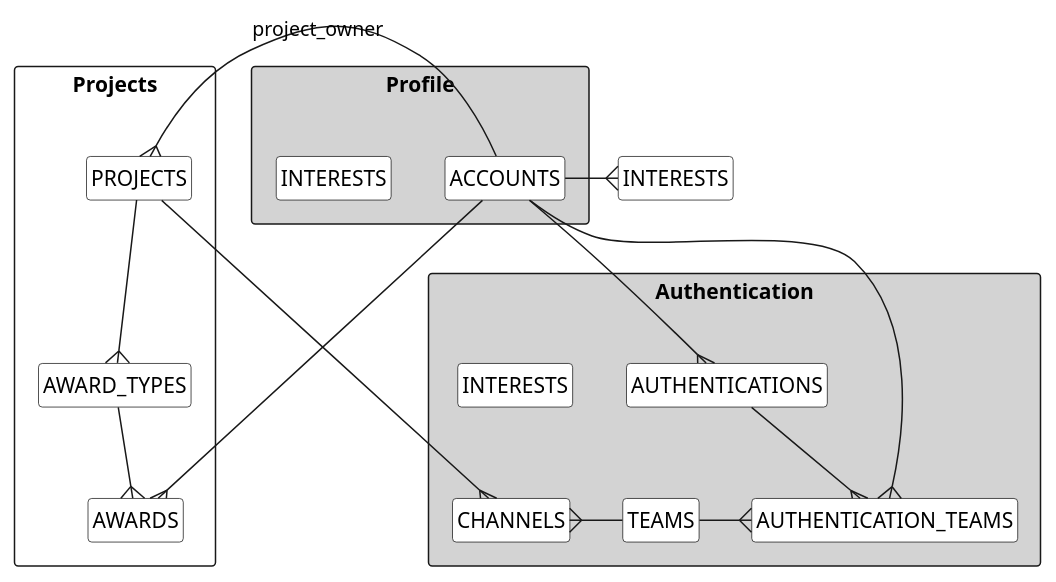
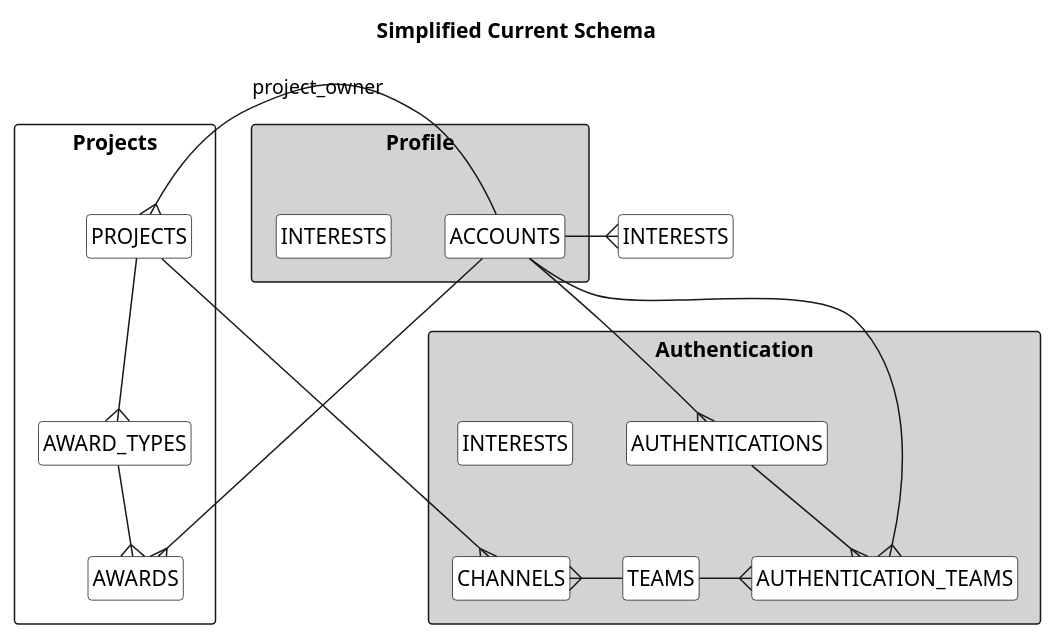
The first of 2 diagrams in doc/schema-with-batches.md (CoMakery/comakery-app), drawn with PlantUML before and after one commit. The commit also changed other lines of this file and 4 other files, not shown here.

Commit message:
schema diagram fixes

````diff
--- a/doc/schema-with-batches.md
+++ b/doc/schema-with-batches.md
@@ -3,46 +3,47 @@
 ```plantuml
 @startuml
+title Simplified Current Schema
 hide circle
 hide methods
 hide attributes
 hide stereotypes
 
 skinparam class {
   BackGroundColor #white
 }
 package Profile <<rectangle>> #lightgray {
   class ACCOUNTS
   class INTERESTS
 }
 package Authentication <<rectangle>> #lightgray {
   class AUTHENTICATIONS
   class AUTHENTICATION_TEAMS
   class TEAMS
   class CHANNELS
   class INTERESTS
 }
 
 package Projects <<rectangle>> {
   class PROJECTS
   class AWARDS
   class AWARD_TYPES
   class PROJECTS
 }
 
 ACCOUNTS --{ AUTHENTICATIONS
 ACCOUNTS -left-{ PROJECTS : project_owner
 ACCOUNTS --{ AWARDS
 ACCOUNTS -{ AUTHENTICATION_TEAMS
 ACCOUNTS -{ INTERESTS
 
 AUTHENTICATIONS -down-{ AUTHENTICATION_TEAMS
 AWARD_TYPES -down-{ AWARDS
 
 PROJECTS -down-{ AWARD_TYPES
 PROJECTS -down-{ CHANNELS
 
 TEAMS -{ AUTHENTICATION_TEAMS
 TEAMS -left-{ CHANNELS
 
 @enduml
 ```
````
